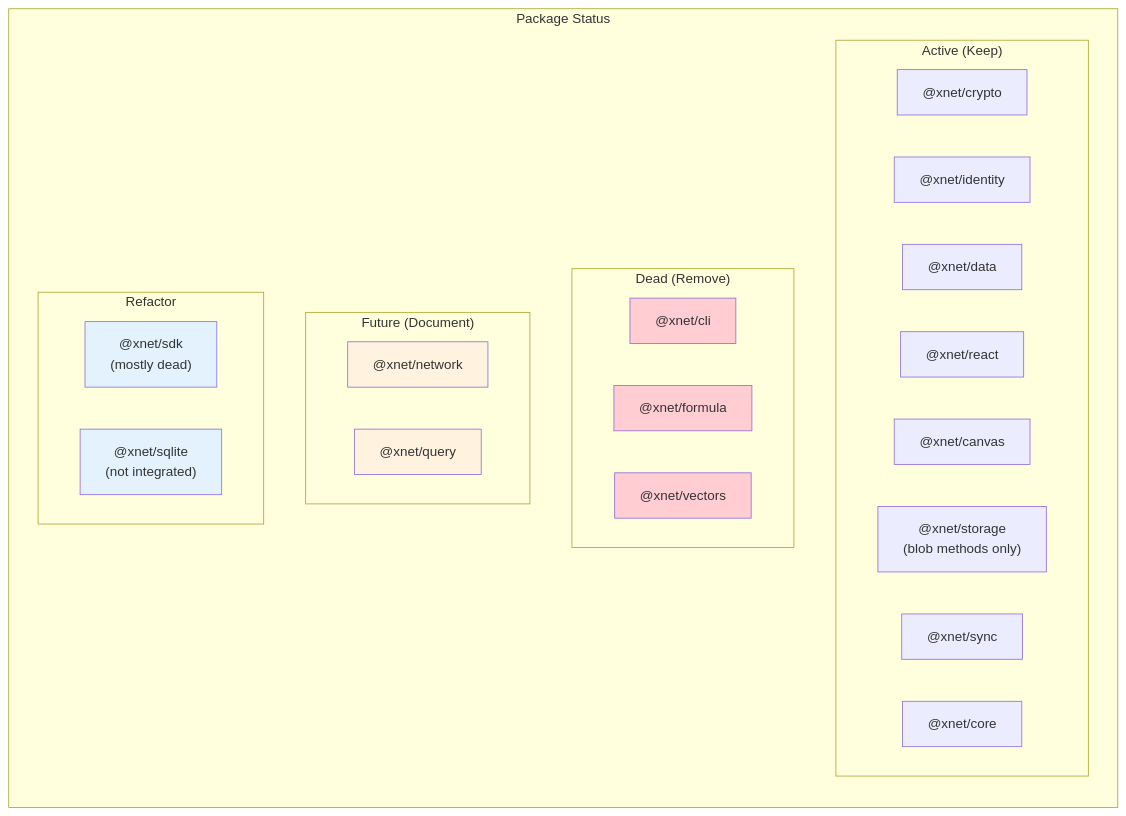
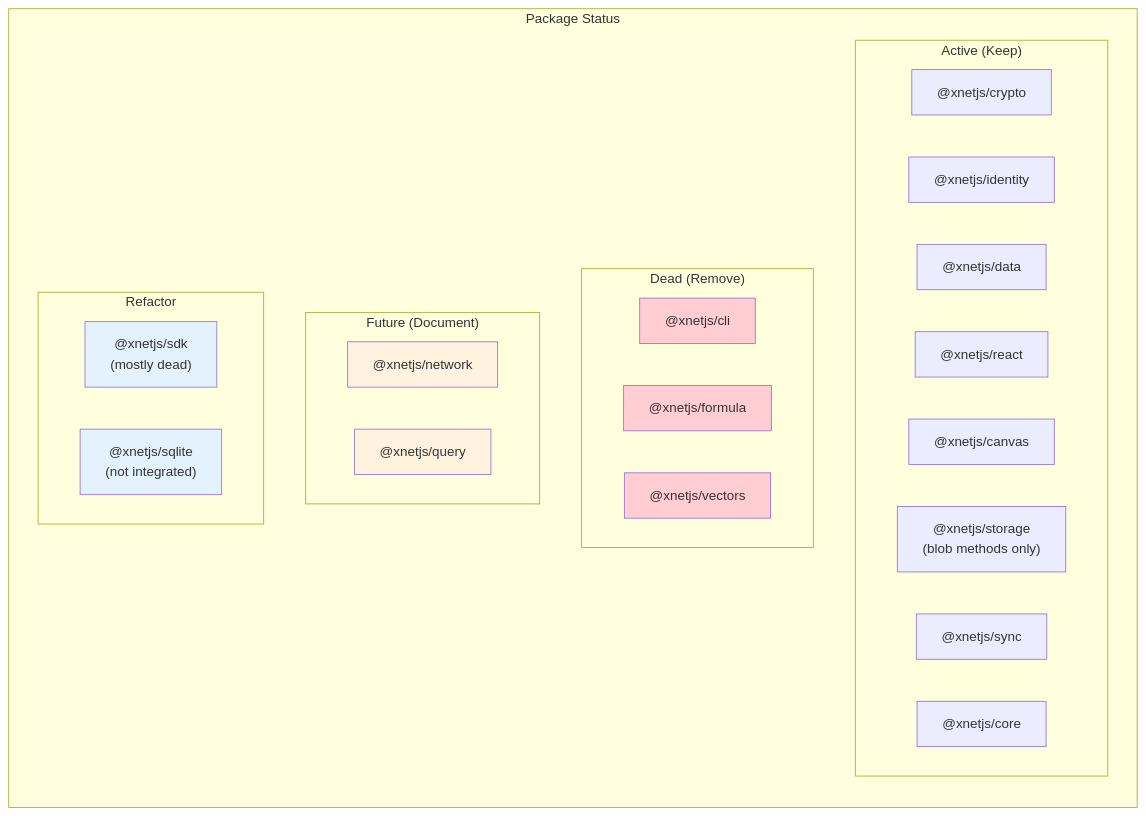
Before and after one commit to crs48/xNet: the sixth of 7 diagrams in docs/explorations/0073_[-]_STORAGEADAPTER_REMOVAL.md, drawn with Mermaid. The commit also changed other lines of this file and 980 other files, not shown here.

````diff
--- a/docs/explorations/0073_[-]_STORAGEADAPTER_REMOVAL.md
+++ b/docs/explorations/0073_[-]_STORAGEADAPTER_REMOVAL.md
@@ -689,41 +689,41 @@
 ```mermaid
 flowchart TB
     subgraph Packages["Package Status"]
         direction TB
 
         subgraph Active["Active (Keep)"]
-            P1["@xnet/crypto"]
-            P2["@xnet/identity"]
-            P3["@xnet/data"]
-            P4["@xnet/react"]
-            P5["@xnet/canvas"]
-            P6["@xnet/storage<br/>(blob methods only)"]
-            P7["@xnet/sync"]
-            P8["@xnet/core"]
+            P1["@xnetjs/crypto"]
+            P2["@xnetjs/identity"]
+            P3["@xnetjs/data"]
+            P4["@xnetjs/react"]
+            P5["@xnetjs/canvas"]
+            P6["@xnetjs/storage<br/>(blob methods only)"]
+            P7["@xnetjs/sync"]
+            P8["@xnetjs/core"]
         end
 
         subgraph Dead["Dead (Remove)"]
-            D1["@xnet/cli"]
-            D2["@xnet/formula"]
-            D3["@xnet/vectors"]
+            D1["@xnetjs/cli"]
+            D2["@xnetjs/formula"]
+            D3["@xnetjs/vectors"]
         end
 
         subgraph Future["Future (Document)"]
-            F1["@xnet/network"]
-            F2["@xnet/query"]
+            F1["@xnetjs/network"]
+            F2["@xnetjs/query"]
         end
 
         subgraph Refactor["Refactor"]
-            R1["@xnet/sdk<br/>(mostly dead)"]
-            R2["@xnet/sqlite<br/>(not integrated)"]
+            R1["@xnetjs/sdk<br/>(mostly dead)"]
+            R2["@xnetjs/sqlite<br/>(not integrated)"]
         end
     end
 
     style D1 fill:#ffcdd2
     style D2 fill:#ffcdd2
     style D3 fill:#ffcdd2
     style F1 fill:#fff3e0
     style F2 fill:#fff3e0
     style R1 fill:#e3f2fd
     style R2 fill:#e3f2fd
 ```
````
